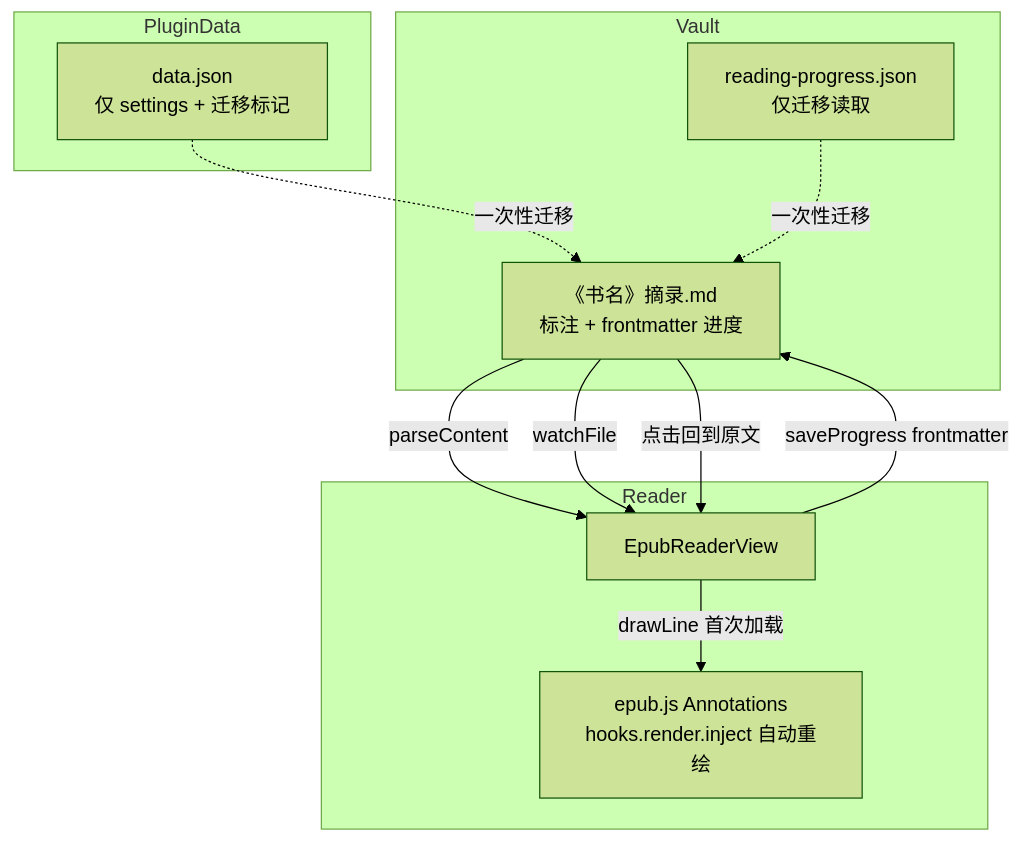
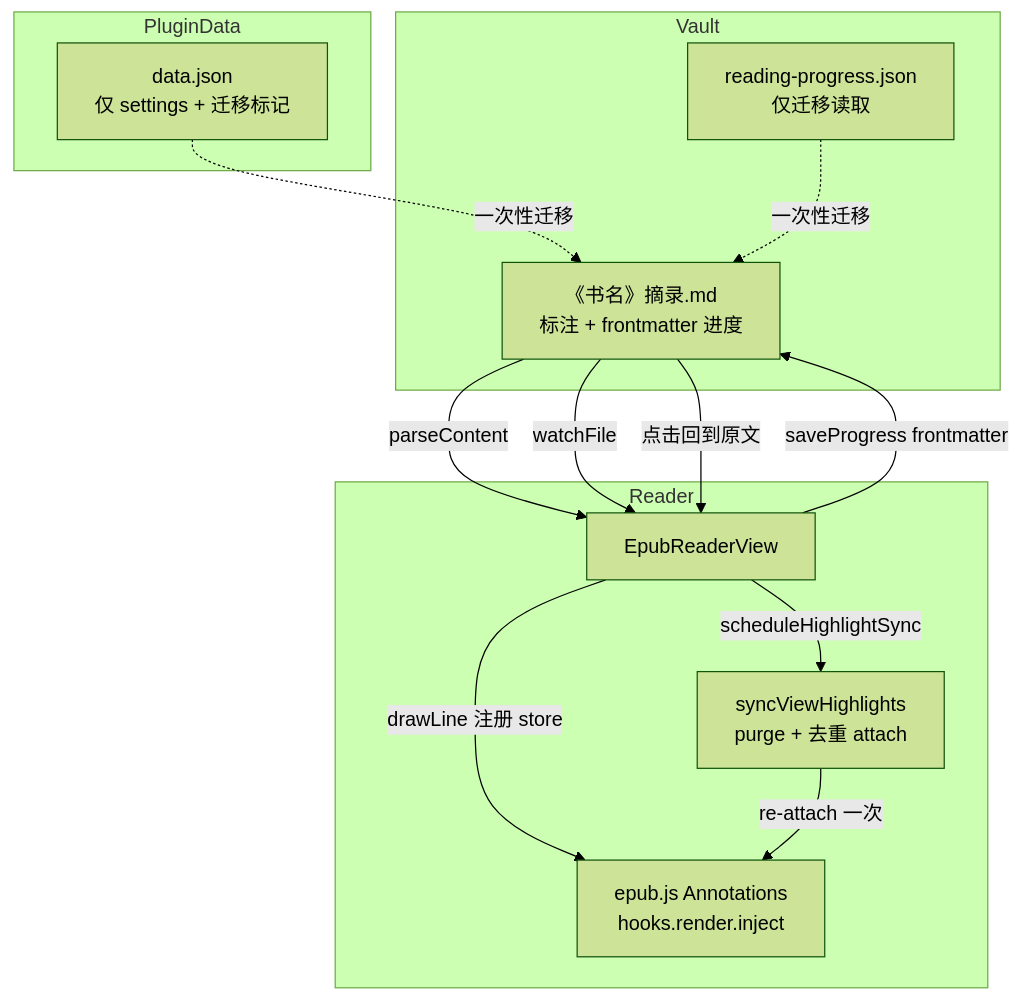
One commit to chengshans/ob-epub-reader changed the second of 2 diagrams in docs/问题排查与修复记录.md. Above: the diagram before and after it, drawn with Mermaid (forest theme). The commit also changed other lines of this file and 3 other files, not shown here.

````diff
--- a/docs/问题排查与修复记录.md
+++ b/docs/问题排查与修复记录.md
@@ -175,24 +284,27 @@
 ```mermaid
 flowchart TB
     subgraph Vault
         ExcerptMD["《书名》摘录.md\n标注 + frontmatter 进度"]
         LegacyJSON["reading-progress.json\n仅迁移读取"]
     end
 
     subgraph PluginData
         DataJSON["data.json\n仅 settings + 迁移标记"]
     end
 
     subgraph Reader
         View["EpubReaderView"]
-        EpubJS["epub.js Annotations\nhooks.render.inject 自动重绘"]
+        EpubJS["epub.js Annotations\nhooks.render.inject"]
+        Sync["syncViewHighlights\npurge + 去重 attach"]
     end
 
     ExcerptMD -->|parseContent| View
-    View -->|drawLine 首次加载| EpubJS
+    View -->|drawLine 注册 store| EpubJS
+    View -->|scheduleHighlightSync| Sync
+    Sync -->|re-attach 一次| EpubJS
     ExcerptMD -->|watchFile| View
     View -->|saveProgress frontmatter| ExcerptMD
     ExcerptMD -->|点击回到原文| View
     DataJSON -.->|一次性迁移| ExcerptMD
     LegacyJSON -.->|一次性迁移| ExcerptMD
 ```
````
